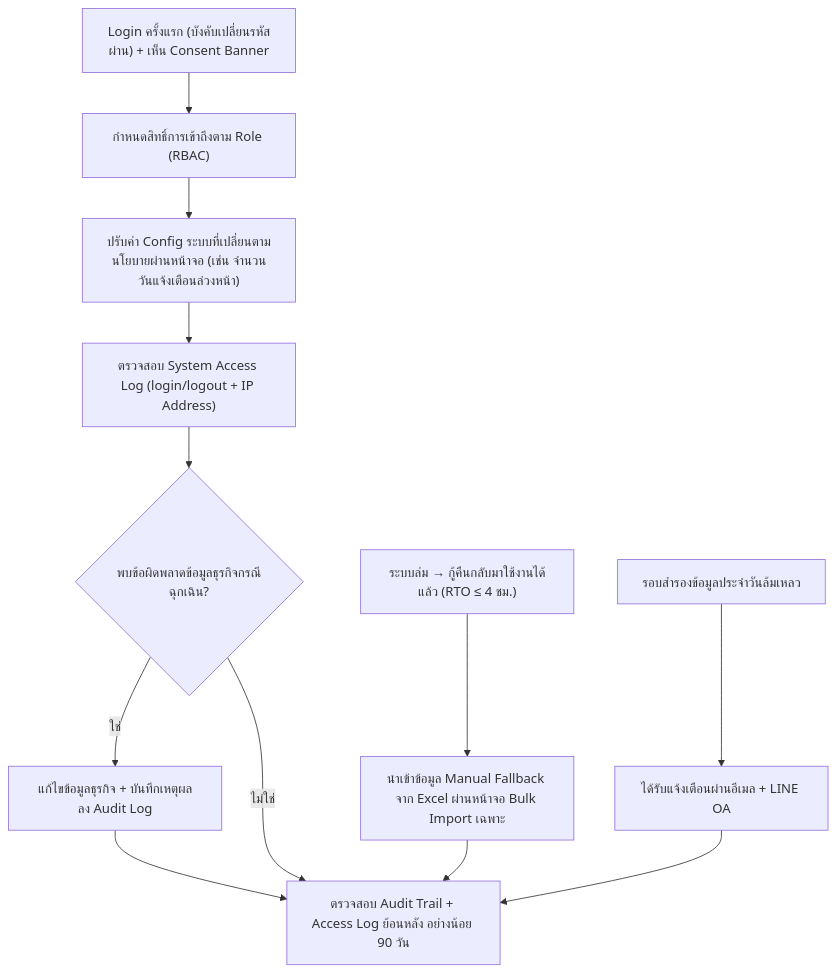
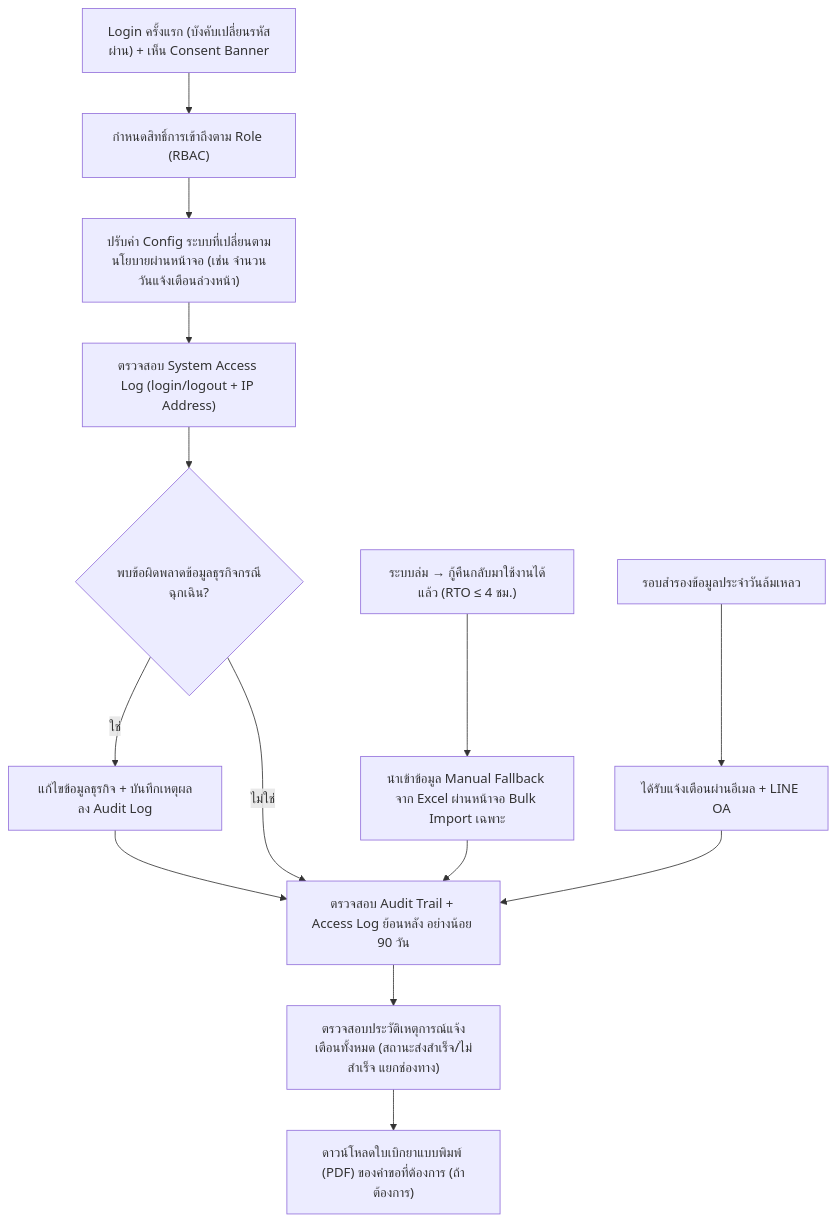
The diagram in 01-requirements/03-user-journey/admin-journey.md (6910127-warang/sync_smart), drawn with Mermaid before and after one commit. The commit also changed other lines of this file and 19 other files, not shown here.

````diff
--- a/01-requirements/03-user-journey/admin-journey.md
+++ b/01-requirements/03-user-journey/admin-journey.md
@@ -7,14 +7,16 @@
 ```mermaid
 flowchart TD
     A["Login ครั้งแรก (บังคับเปลี่ยนรหัสผ่าน) + เห็น Consent Banner"] --> B["กำหนดสิทธิ์การเข้าถึงตาม Role (RBAC)"]
     B --> B2["ปรับค่า Config ระบบที่เปลี่ยนตามนโยบายผ่านหน้าจอ (เช่น จำนวนวันแจ้งเตือนล่วงหน้า)"]
     B2 --> C["ตรวจสอบ System Access Log (login/logout + IP Address)"]
     C --> D{"พบข้อผิดพลาดข้อมูลธุรกิจกรณีฉุกเฉิน?"}
     D -- "ใช่" --> E["แก้ไขข้อมูลธุรกิจ + บันทึกเหตุผลลง Audit Log"]
     E --> F["ตรวจสอบ Audit Trail + Access Log ย้อนหลัง อย่างน้อย 90 วัน"]
     D -- "ไม่ใช่" --> F
+    F --> M["ตรวจสอบประวัติเหตุการณ์แจ้งเตือนทั้งหมด (สถานะส่งสำเร็จ/ไม่สำเร็จ แยกช่องทาง)"]
+    M --> M2["ดาวน์โหลดใบเบิกยาแบบพิมพ์ (PDF) ของคำขอที่ต้องการ (ถ้าต้องการ)"]
     G["ระบบล่ม → กู้คืนกลับมาใช้งานได้แล้ว (RTO ≤ 4 ชม.)"] --> H["นำเข้าข้อมูล Manual Fallback จาก Excel ผ่านหน้าจอ Bulk Import เฉพาะ"]
     H --> F
     I["รอบสำรองข้อมูลประจำวันล้มเหลว"] --> J["ได้รับแจ้งเตือนผ่านอีเมล + LINE OA"]
     J --> F
 ```
````
